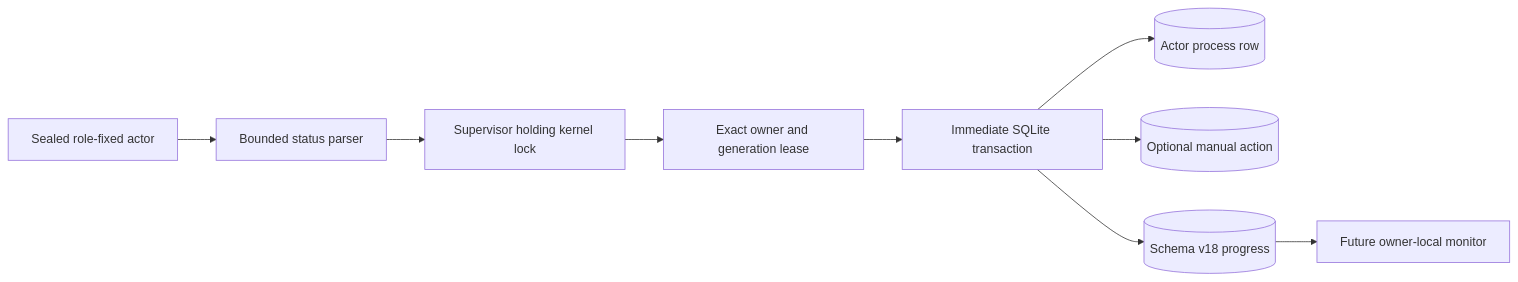
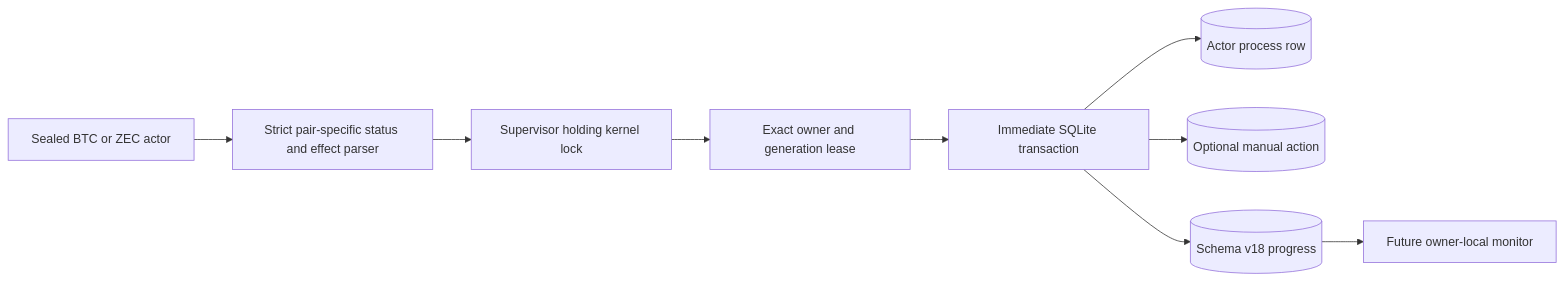
The first of 2 diagrams in docs/architecture/0104-commit-actor-progress-with-fenced-resolution.md (gateway-fm/lez-atomic-swaps), drawn with Mermaid before and after one commit. The commit also changed other lines of this file and 12 other files, not shown here.

````diff
--- a/docs/architecture/0104-commit-actor-progress-with-fenced-resolution.md
+++ b/docs/architecture/0104-commit-actor-progress-with-fenced-resolution.md
@@ -34,11 +43,11 @@
 ```mermaid
 flowchart LR
-    Child["Sealed role-fixed actor"] --> Parser["Bounded status parser"]
+    Child["Sealed BTC or ZEC actor"] --> Parser["Strict pair-specific status and effect parser"]
     Parser --> Worker["Supervisor holding kernel lock"]
     Worker --> Lease["Exact owner and generation lease"]
     Lease --> Tx["Immediate SQLite transaction"]
     Tx --> Process[("Actor process row")]
     Tx --> Action[("Optional manual action")]
     Tx --> Progress[("Schema v18 progress")]
     Progress --> Monitor["Future owner-local monitor"]
 ```
````
